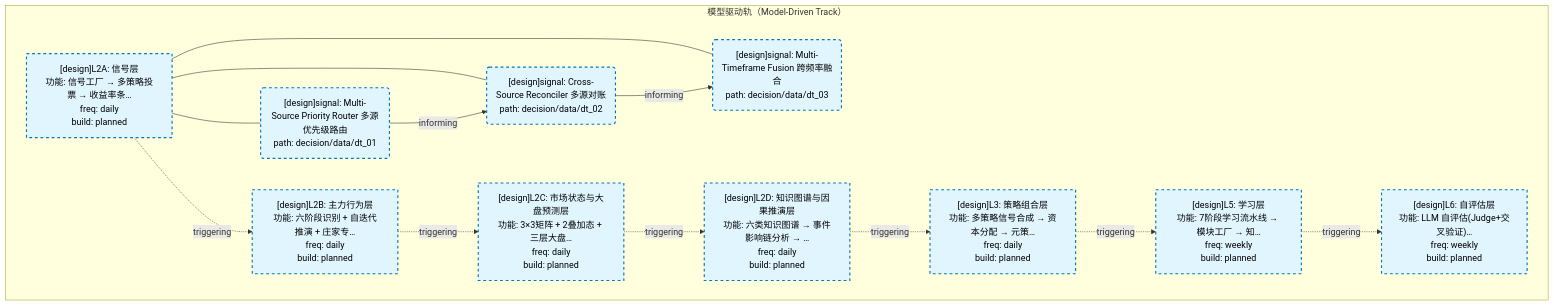
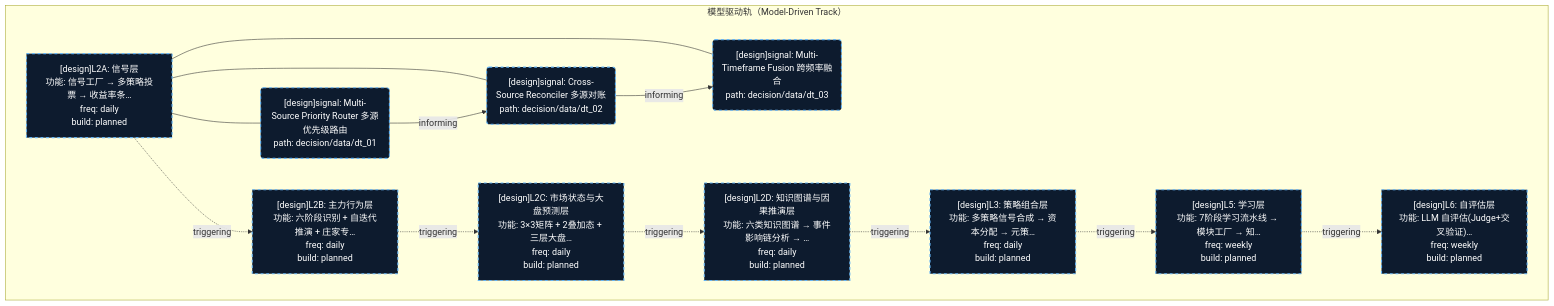
The first of 2 diagrams in docs/02_enterprise_architecture/06_decision_architecture/06_decision_l2a_data.md (xuanFelixVan/ZephyrAlpha), drawn with Mermaid before and after one commit. The commit also changed other lines of this file and 17 other files, not shown here.

First line of the commit message:
style(decision-diagram): classDef 改为深色主题友好配色

````diff
--- a/docs/02_enterprise_architecture/06_decision_architecture/06_decision_l2a_data.md
+++ b/docs/02_enterprise_architecture/06_decision_architecture/06_decision_l2a_data.md
@@ -21,32 +21,32 @@
 ```mermaid
 flowchart TD
     subgraph track_model_driven["模型驱动轨（Model-Driven Track）"]
         LL2A["[design]L2A: 信号层<br/>功能: 信号工厂 → 多策略投票 → 收益率条…<br/>freq: daily<br/>build: planned"]:::bsPlanned
         N192("[design]signal: Multi-Source Priority Router 多源优先级路由<br/>path: decision/data/dt_01"):::bsPlanned
         LL2A --- N192
         N193("[design]signal: Cross-Source Reconciler 多源对账<br/>path: decision/data/dt_02"):::bsPlanned
         LL2A --- N193
         N194("[design]signal: Multi-Timeframe Fusion 跨频率融合<br/>path: decision/data/dt_03"):::bsPlanned
         LL2A --- N194
         LL2B["[design]L2B: 主力行为层<br/>功能: 六阶段识别 + 自迭代推演 + 庄家专…<br/>freq: daily<br/>build: planned"]:::bsPlanned
         LL2C["[design]L2C: 市场状态与大盘预测层<br/>功能: 3×3矩阵 + 2叠加态 + 三层大盘…<br/>freq: daily<br/>build: planned"]:::bsPlanned
         LL2D["[design]L2D: 知识图谱与因果推演层<br/>功能: 六类知识图谱 → 事件影响链分析 → …<br/>freq: daily<br/>build: planned"]:::bsPlanned
         LL3["[design]L3: 策略组合层<br/>功能: 多策略信号合成 → 资本分配 → 元策…<br/>freq: daily<br/>build: planned"]:::bsPlanned
         LL5["[design]L5: 学习层<br/>功能: 7阶段学习流水线 → 模块工厂 → 知…<br/>freq: weekly<br/>build: planned"]:::bsPlanned
         LL6["[design]L6: 自评估层<br/>功能: LLM 自评估(Judge+交叉验证)…<br/>freq: weekly<br/>build: planned"]:::bsPlanned
     end
     LL2A -.->|triggering| LL2B
     LL2B -.->|triggering| LL2C
     LL2C -.->|triggering| LL2D
     LL2D -.->|triggering| LL3
     LL3 -.->|triggering| LL5
     LL5 -.->|triggering| LL6
     N192 -->|informing| N193
     N193 -->|informing| N194
 
-    classDef bsStable fill:#c8e6c9,stroke:#2e7d32,stroke-width:2px,color:#000
-    classDef bsGenerated fill:#fff9c4,stroke:#f9a825,stroke-width:2px,color:#000
-    classDef bsTesting fill:#ffe0b2,stroke:#ef6c00,stroke-width:2px,color:#000
-    classDef bsPlanned fill:#e1f5fe,stroke:#0277bd,stroke-width:2px,color:#000,stroke-dasharray: 5 5
-    classDef bsDeprecated fill:#ffcdd2,stroke:#c62828,stroke-width:2px,color:#000,stroke-dasharray: 5 5
+    classDef bsStable fill:#1b2e1b,stroke:#4caf50,stroke-width:2px,color:#fff
+    classDef bsGenerated fill:#2e2a0d,stroke:#ffd54f,stroke-width:2px,color:#fff
+    classDef bsTesting fill:#2e1d0d,stroke:#ff8a65,stroke-width:2px,color:#fff
+    classDef bsPlanned fill:#0d1b2e,stroke:#64b5f6,stroke-width:2px,color:#fff,stroke-dasharray: 5 5
+    classDef bsDeprecated fill:#2e0d0d,stroke:#e57373,stroke-width:2px,color:#fff,stroke-dasharray: 5 5
 ```
````
